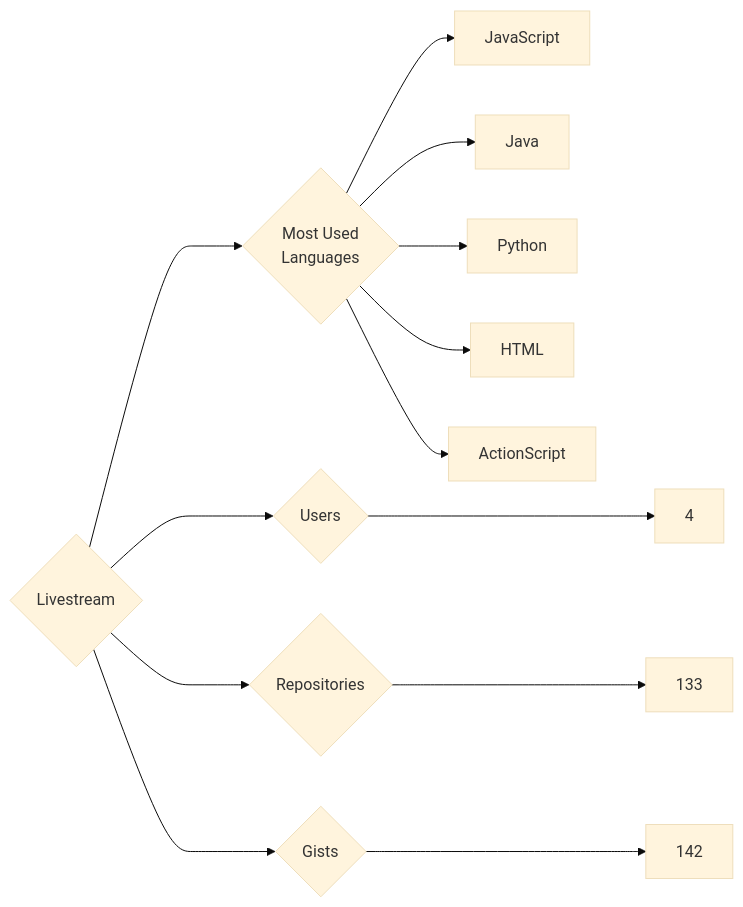
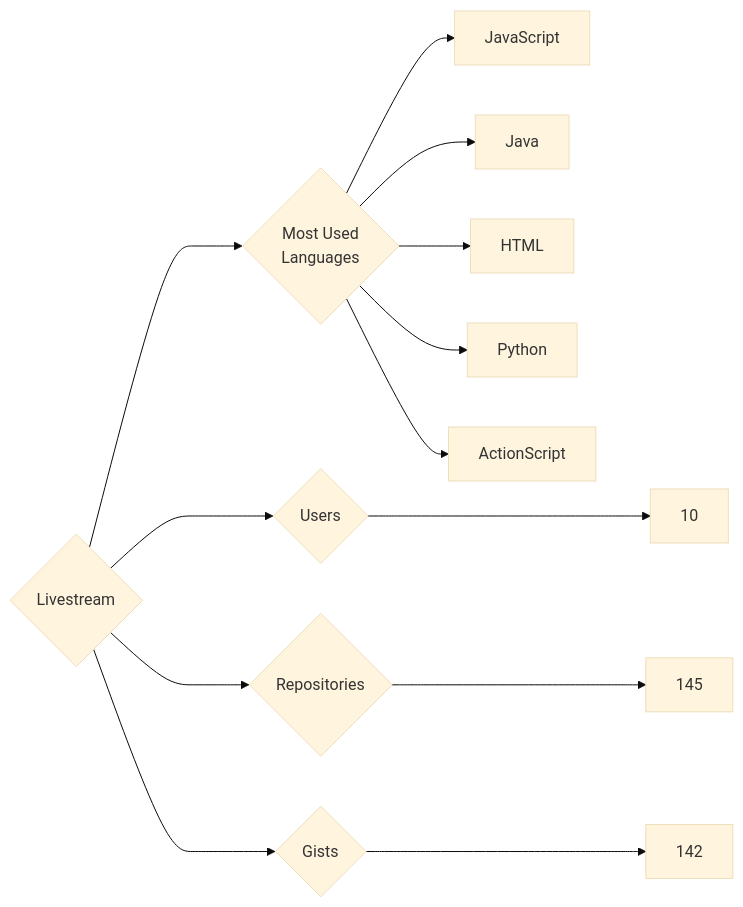
Before and after one commit to trickest/insiders: the diagram in targets/Livestream/README.md, drawn with Mermaid (base theme). The commit also changed 610 other files, not shown here.

````diff
--- a/targets/Livestream/README.md
+++ b/targets/Livestream/README.md
@@ -3,13 +3,13 @@
 ```mermaid
 graph LR
 COMPANY_NAME{Livestream}
-COMPANY_NAME ---> U{Users} ---> UN[4]
-COMPANY_NAME ---> R{Repositories} ---> RN[133]
+COMPANY_NAME ---> U{Users} ---> UN[10]
+COMPANY_NAME ---> R{Repositories} ---> RN[145]
 COMPANY_NAME ---> G{Gists} ---> GN[142]
 COMPANY_NAME ---> ML{Most Used<br>Languages}
 ML --> JavaScript[JavaScript]
 ML --> Java[Java]
+ML --> HTML[HTML]
 ML --> Python[Python]
-ML --> HTML[HTML]
 ML --> ActionScript[ActionScript]
 ```
````
